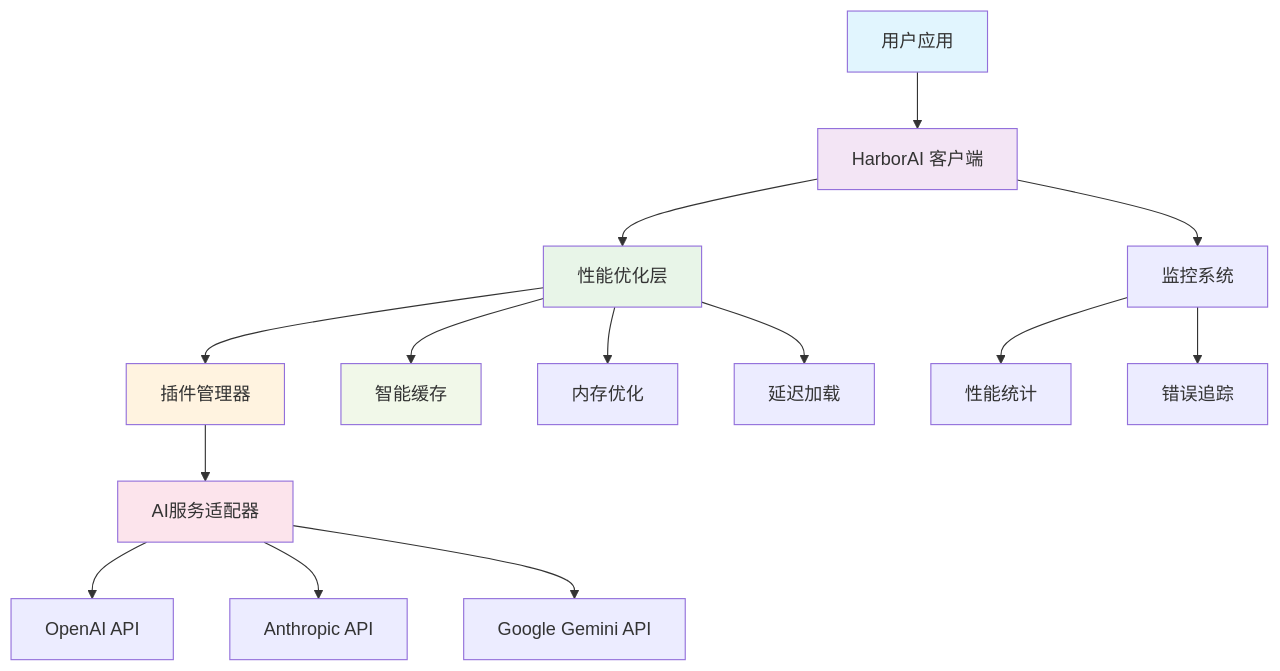
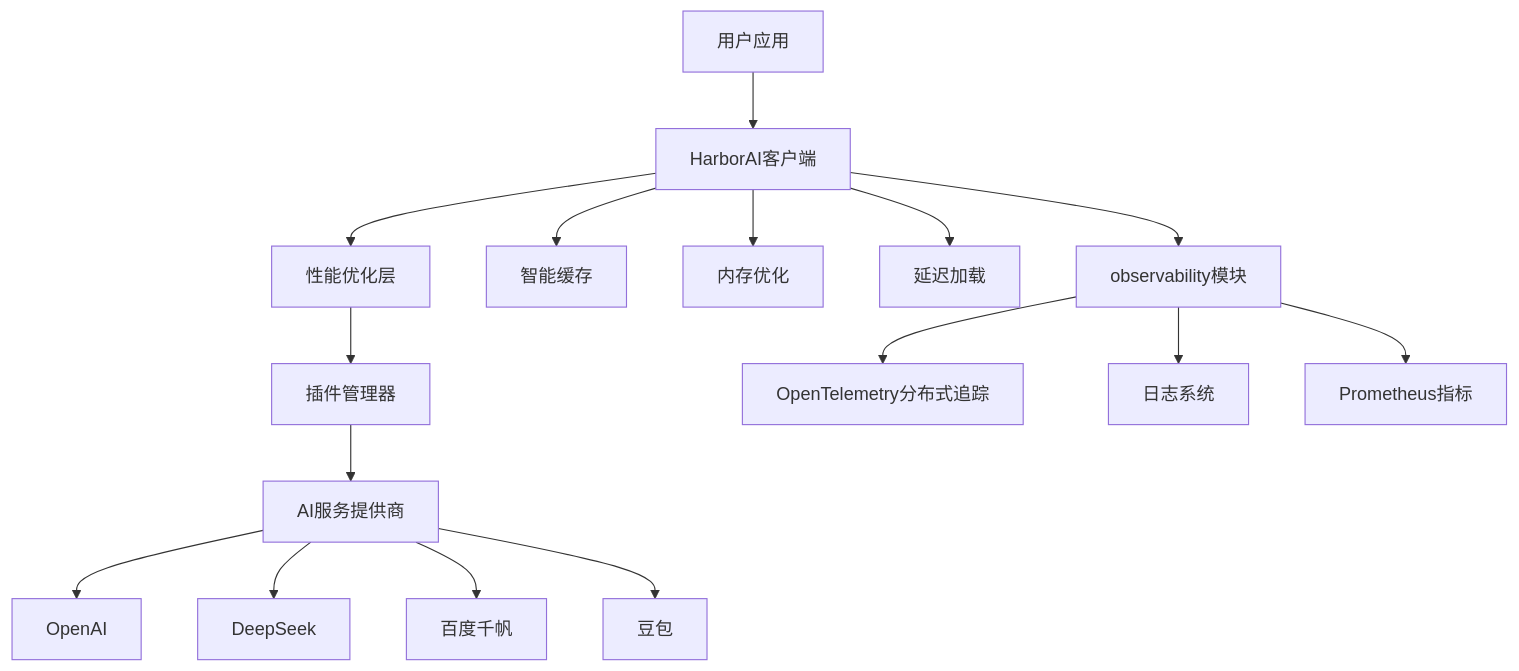
The second of 3 diagrams in README.md (ailijian/harborai), drawn with Mermaid before and after one commit. The commit also changed other lines of this file and 50 other files, not shown here.

````diff
--- a/README.md
+++ b/README.md
@@ -891,26 +1557,21 @@
 ```mermaid
-graph TB
-    A[用户应用] --> B[HarborAI 客户端]
+graph TD
+    A[用户应用] --> B[HarborAI客户端]
     B --> C[性能优化层]
     C --> D[插件管理器]
-    D --> E[AI服务适配器]
+    D --> E[AI服务提供商]
     
-    E --> F[OpenAI API]
-    E --> G[Anthropic API]
-    E --> H[Google Gemini API]
+    B --> F[智能缓存]
+    B --> G[内存优化]
+    B --> H[延迟加载]
+    B --> I[observability模块]
     
-    C --> I[智能缓存]
-    C --> J[内存优化]
-    C --> K[延迟加载]
+    E --> J[OpenAI]
+    E --> K[DeepSeek]
+    E --> L[百度千帆]
+    E --> M[豆包]
     
-    B --> L[监控系统]
-    L --> M[性能统计]
-    L --> N[错误追踪]
-    
-    style A fill:#e1f5fe
-    style B fill:#f3e5f5
-    style C fill:#e8f5e8
-    style D fill:#fff3e0
-    style E fill:#fce4ec
-    style I fill:#f1f8e9
+    I --> N[OpenTelemetry分布式追踪]
+    I --> O[日志系统]
+    I --> P[Prometheus指标]
 ```
````
